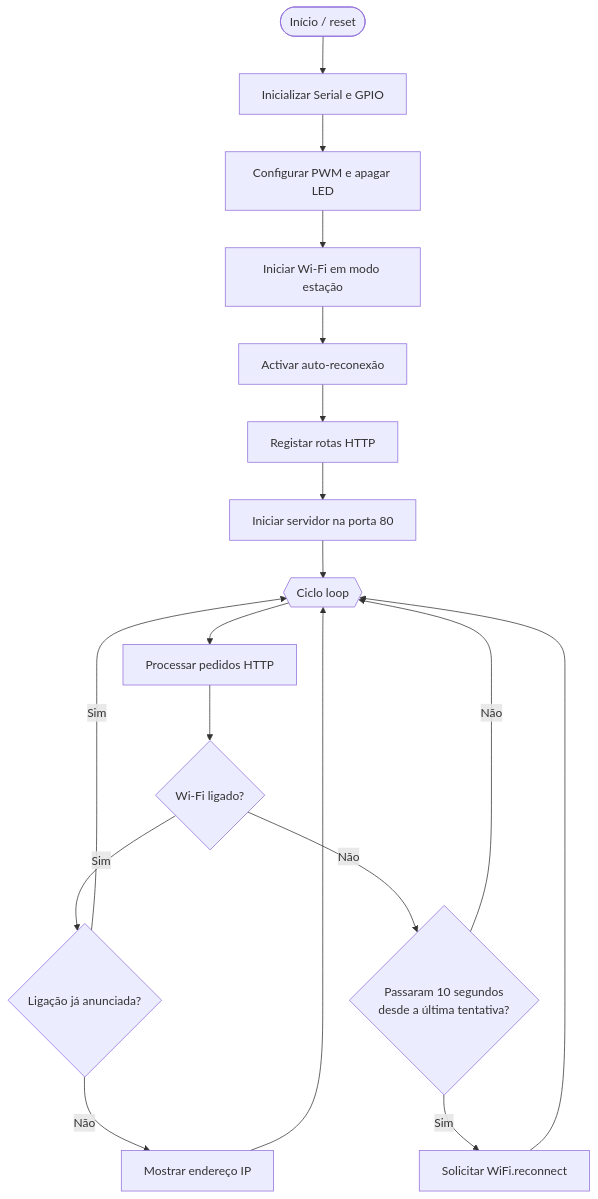
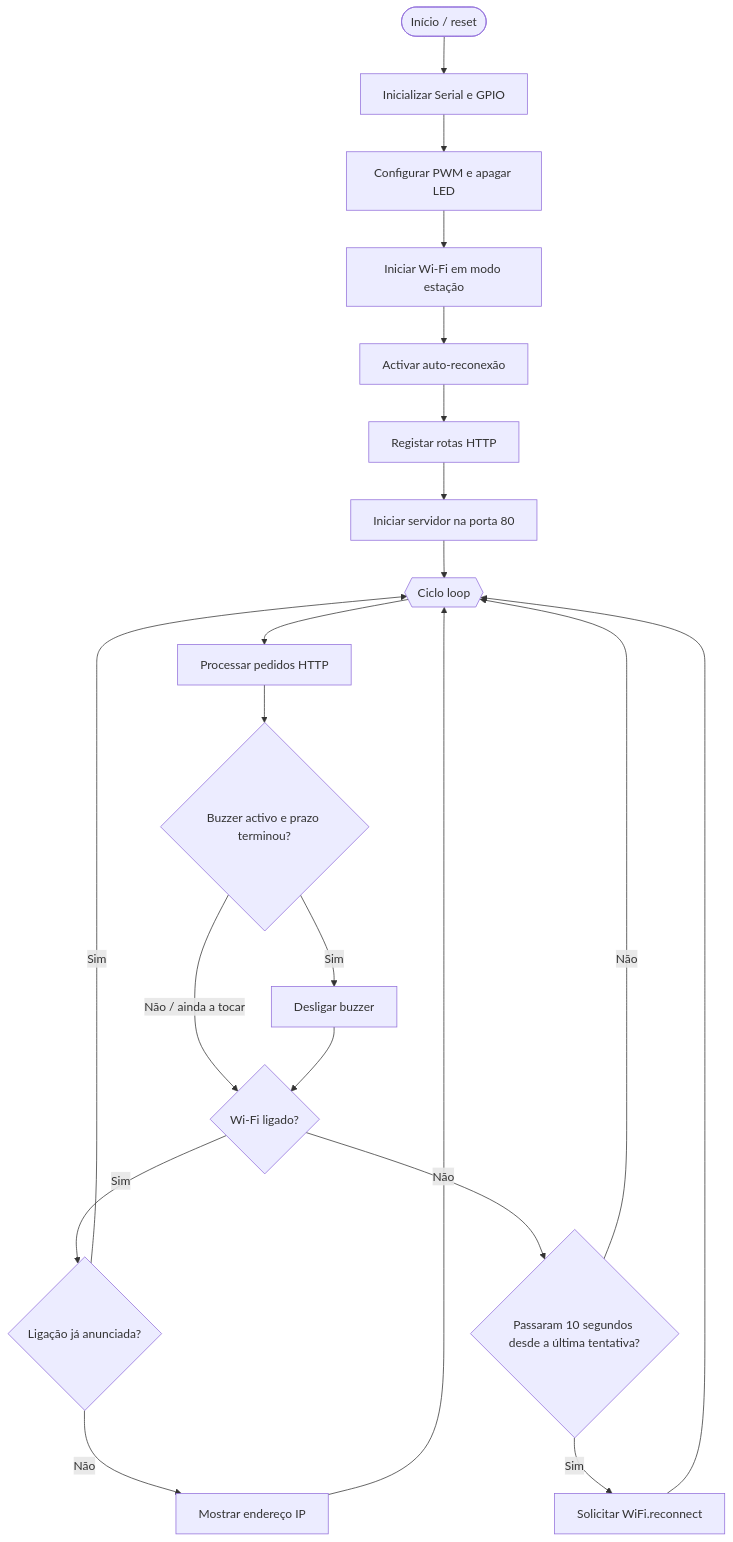
Before and after one commit to luis-goncalves-circuits/luzia-esp32-ai: the second of 8 diagrams in docs/FLUXOGRAMAS.md, drawn with Mermaid. The commit also changed other lines of this file, not shown here.

Commit message:
docs: alinhar fluxogramas com autenticação e temporizador do buzzer

````diff
--- a/docs/FLUXOGRAMAS.md
+++ b/docs/FLUXOGRAMAS.md
@@ -31,20 +31,23 @@
 ```mermaid
 flowchart TD
     A([Início / reset]) --> B[Inicializar Serial e GPIO]
     B --> C[Configurar PWM e apagar LED]
     C --> D[Iniciar Wi-Fi em modo estação]
     D --> E[Activar auto-reconexão]
     E --> F[Registar rotas HTTP]
     F --> G[Iniciar servidor na porta 80]
     G --> H{{Ciclo loop}}
     H --> I[Processar pedidos HTTP]
-    I --> J{Wi-Fi ligado?}
-    J -->|Sim| K{Ligação já anunciada?}
-    K -->|Não| L[Mostrar endereço IP]
-    K -->|Sim| H
-    L --> H
-    J -->|Não| M{Passaram 10 segundos<br/>desde a última tentativa?}
-    M -->|Não| H
-    M -->|Sim| N[Solicitar WiFi.reconnect]
+    I --> J{Buzzer activo e prazo terminou?}
+    J -->|Sim| K[Desligar buzzer]
+    J -->|Não / ainda a tocar| L{Wi-Fi ligado?}
+    K --> L
+    L -->|Sim| M{Ligação já anunciada?}
+    M -->|Não| N[Mostrar endereço IP]
+    M -->|Sim| H
     N --> H
+    L -->|Não| O{Passaram 10 segundos desde a última tentativa?}
+    O -->|Não| H
+    O -->|Sim| P[Solicitar WiFi.reconnect]
+    P --> H
 ```
````
